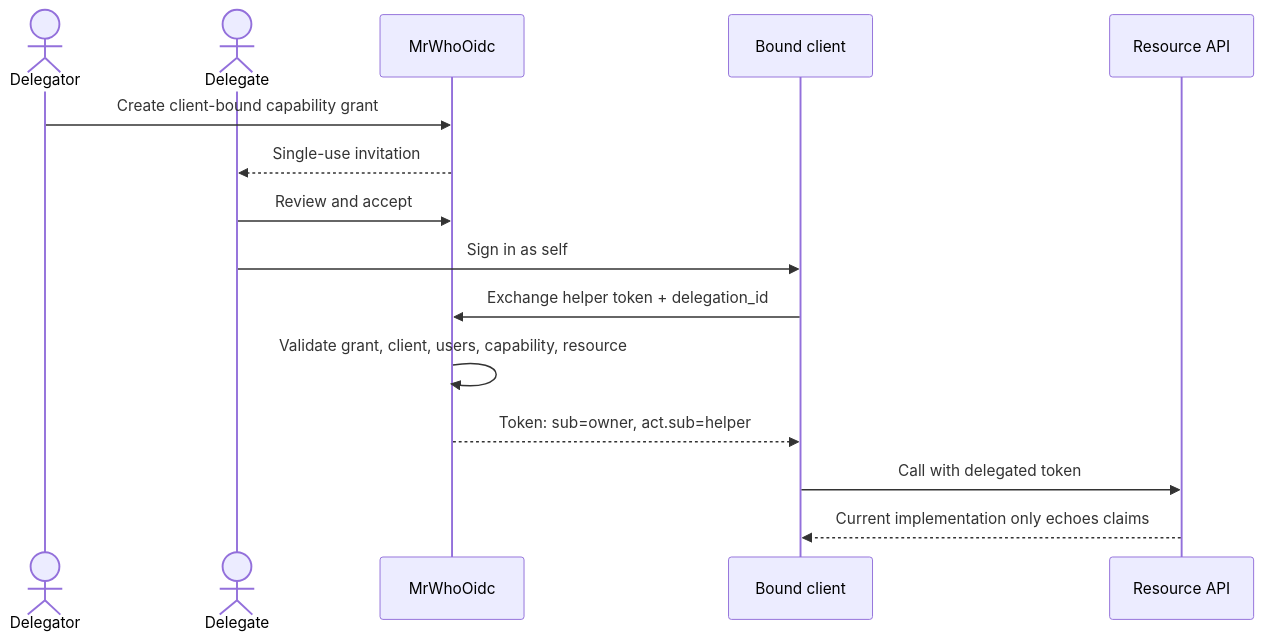
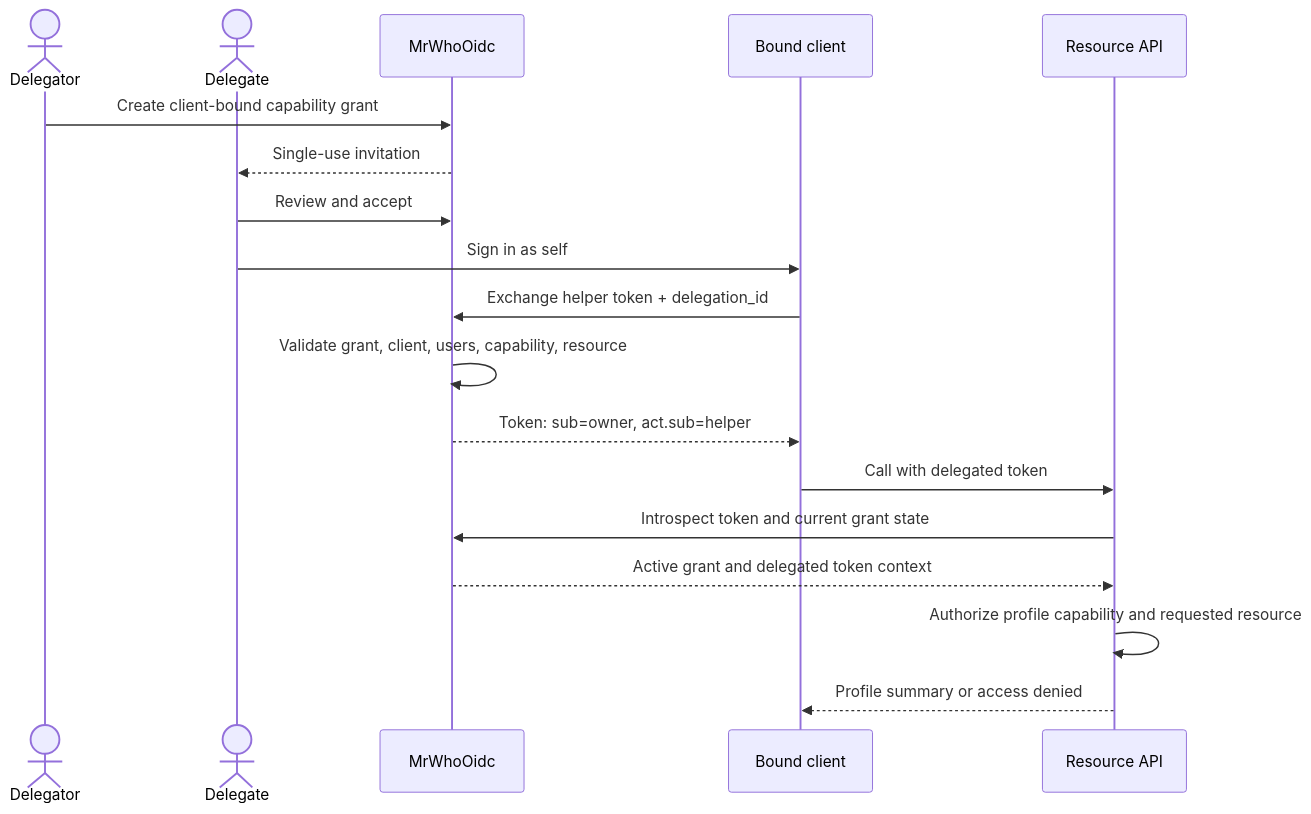
One commit to popicka70/MrWhoOidc changed the second of 2 diagrams in docs/impersonation-and-delegated-access-review-2026-08-01.md. Above: the diagram before and after it, drawn with Mermaid. The commit also changed other lines of this file and 34 other files, not shown here.

````diff
--- a/docs/impersonation-and-delegated-access-review-2026-08-01.md
+++ b/docs/impersonation-and-delegated-access-review-2026-08-01.md
@@ -114,18 +114,21 @@
 ```mermaid
 sequenceDiagram
     actor Owner as Delegator
     actor Helper as Delegate
     participant IdP as MrWhoOidc
     participant Client as Bound client
     participant API as Resource API
 
     Owner->>IdP: Create client-bound capability grant
     IdP-->>Helper: Single-use invitation
     Helper->>IdP: Review and accept
     Helper->>Client: Sign in as self
     Client->>IdP: Exchange helper token + delegation_id
     IdP->>IdP: Validate grant, client, users, capability, resource
     IdP-->>Client: Token: sub=owner, act.sub=helper
     Client->>API: Call with delegated token
-    API-->>Client: Current implementation only echoes claims
+    API->>IdP: Introspect token and current grant state
+    IdP-->>API: Active grant and delegated token context
+    API->>API: Authorize profile capability and requested resource
+    API-->>Client: Profile summary or access denied
 ```
````
